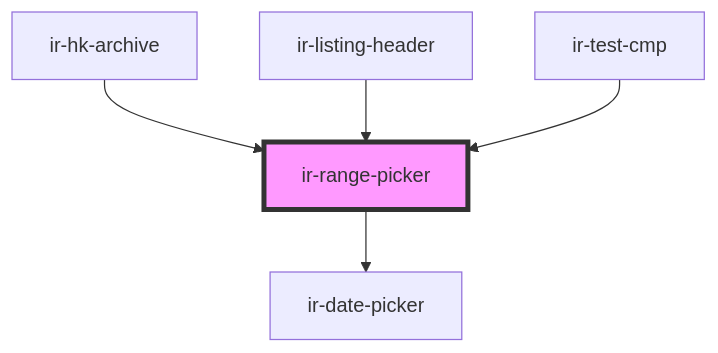
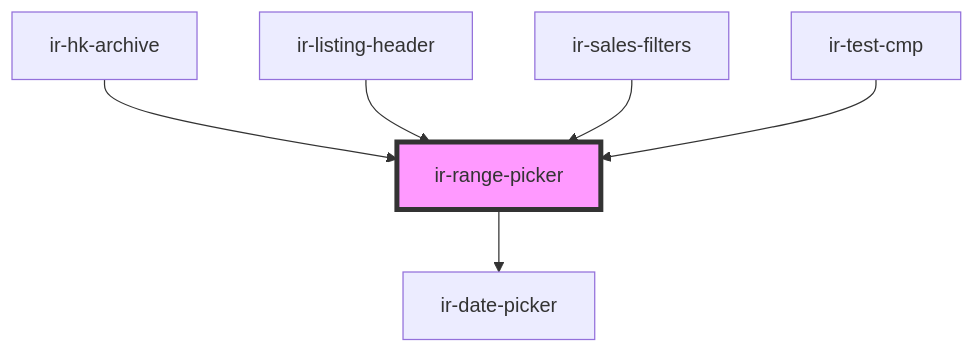
One commit to David1Chowaifaty/modified-ir-webcmp changed the diagram in src/components/ir-housekeeping/ir-hk-tasks/ir-hk-archive/ir-range-picker/readme.md. Above: the diagram before and after it, drawn with Mermaid. The commit also changed other lines of this file and 46 other files, not shown here.

````diff
--- a/src/components/ir-housekeeping/ir-hk-tasks/ir-hk-archive/ir-range-picker/readme.md
+++ b/src/components/ir-housekeeping/ir-hk-tasks/ir-hk-archive/ir-range-picker/readme.md
@@ -40,8 +41,9 @@
 ```mermaid
 graph TD;
   ir-range-picker --> ir-date-picker
   ir-hk-archive --> ir-range-picker
   ir-listing-header --> ir-range-picker
+  ir-sales-filters --> ir-range-picker
   ir-test-cmp --> ir-range-picker
   style ir-range-picker fill:#f9f,stroke:#333,stroke-width:4px
 ```
````
